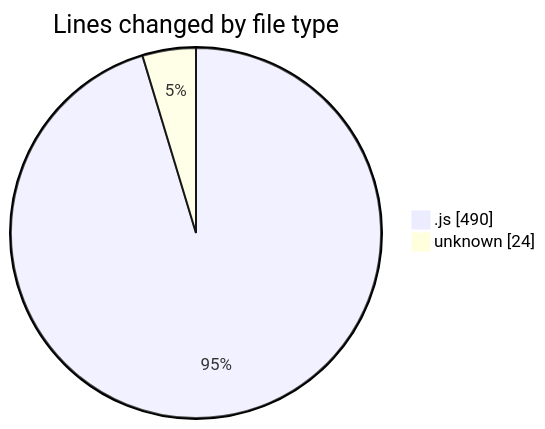
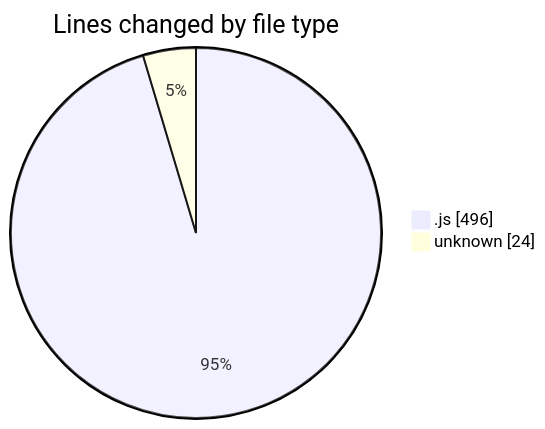
Before and after one commit to momahboobian/code-tracking: the first of 2 diagrams in 2025-02-03/cda/README.md, drawn with Mermaid. The commit also changed other lines of this file and 1 other file, not shown here.

````diff
--- a/2025-02-03/cda/README.md
+++ b/2025-02-03/cda/README.md
@@ -24,6 +24,6 @@
 ```mermaid
 pie showData
 title Lines changed by file type
-".js" : 490
+".js" : 496
 "unknown" : 24
 ```
````
